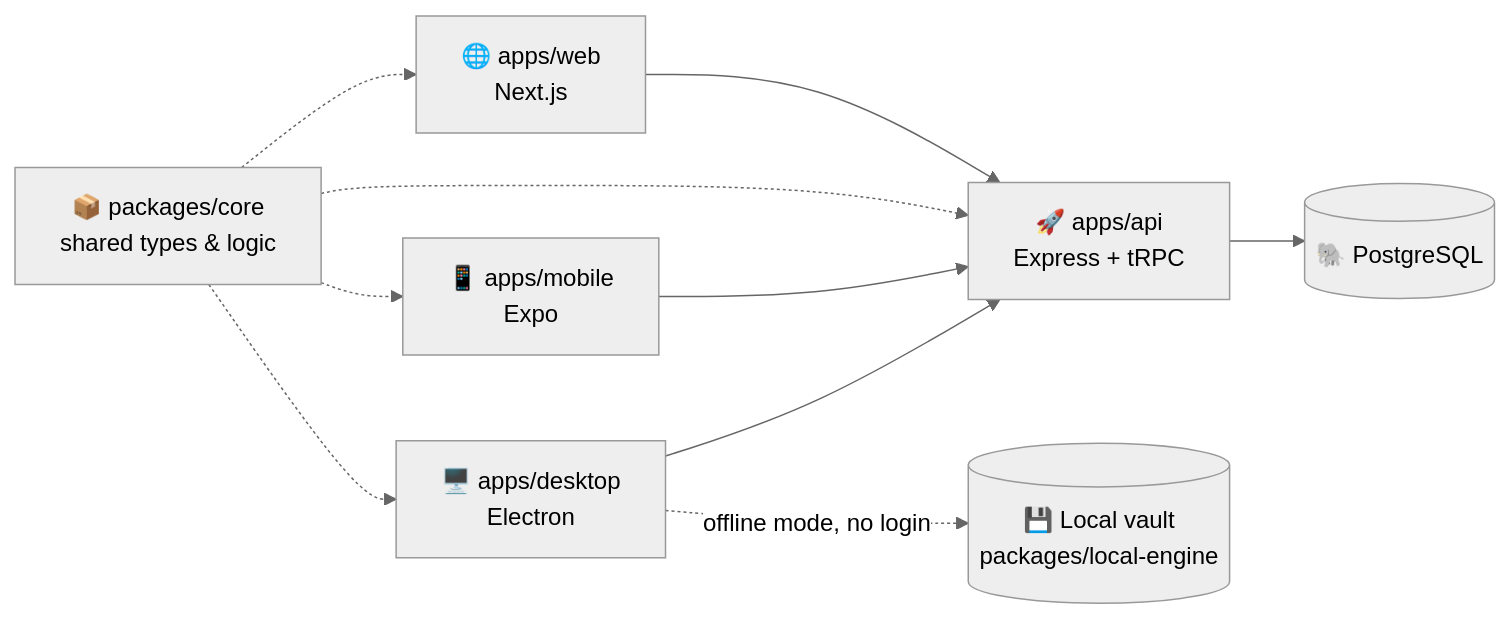
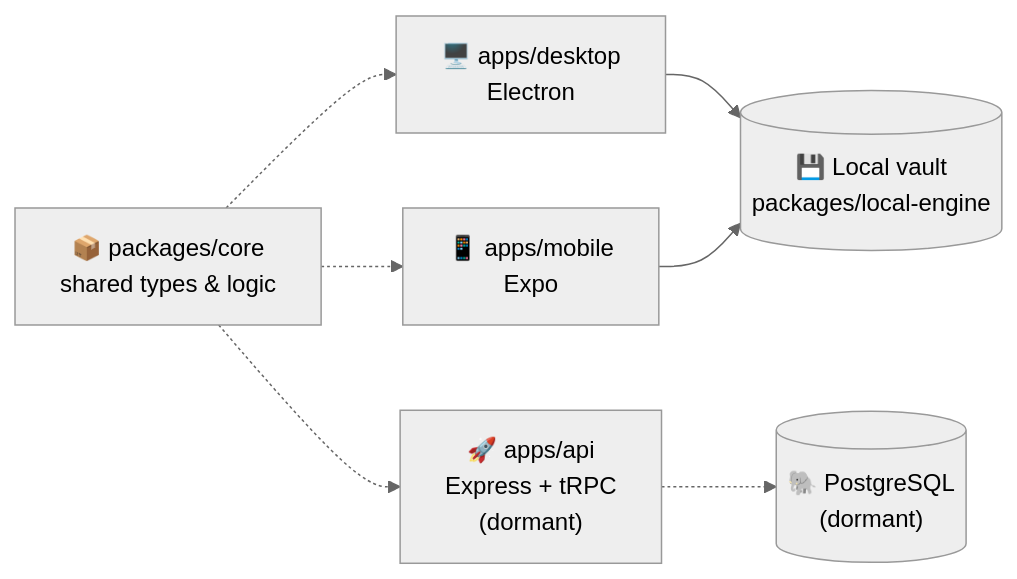
Before and after one commit to sunil3092/Simplekasten: the first of 2 diagrams in README.md, drawn with Mermaid (neutral theme). The commit also changed other lines of this file and 3 other files, not shown here.

First line of the commit message:
Update docs for the fully-local desktop/mobile architecture

````diff
--- a/README.md
+++ b/README.md
@@ -20,21 +20,17 @@
 ```mermaid
 graph LR
-    Web["🌐 apps/web<br/>Next.js"]
     Desktop["🖥️ apps/desktop<br/>Electron"]
     Mobile["📱 apps/mobile<br/>Expo"]
-    API["🚀 apps/api<br/>Express + tRPC"]
-    DB[("🐘 PostgreSQL")]
     Local[("💾 Local vault<br/>packages/local-engine")]
+    API["🚀 apps/api<br/>Express + tRPC<br/>(dormant)"]
+    DB[("🐘 PostgreSQL<br/>(dormant)")]
 
-    Web --> API
-    Mobile --> API
-    Desktop --> API
-    Desktop -. "offline mode, no login" .-> Local
-    API --> DB
+    Desktop --> Local
+    Mobile --> Local
+    API -.-> DB
 
     Core["📦 packages/core<br/>shared types & logic"]
-    Core -.-> Web
+    Core -.-> Desktop
+    Core -.-> Mobile
     Core -.-> API
-    Core -.-> Mobile
-    Core -.-> Desktop
 ```
````
